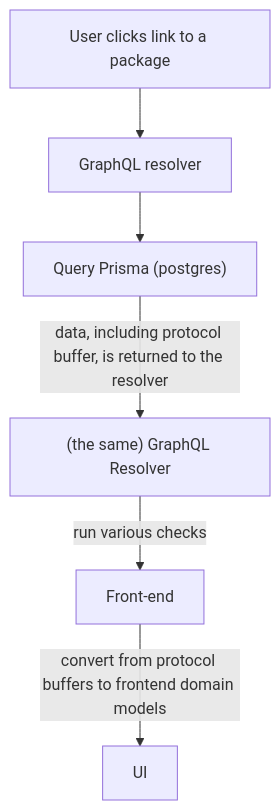
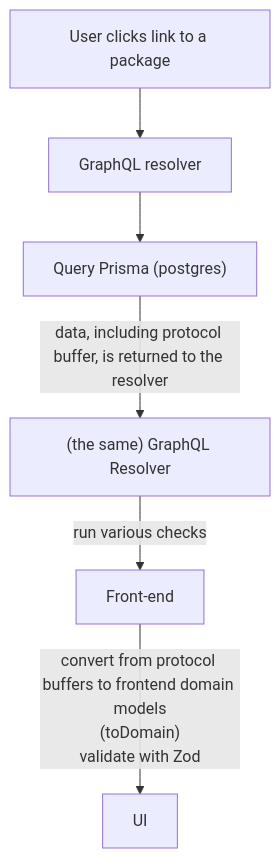
One commit to Enterprise-CMCS/managed-care-review changed the second of 2 diagrams in docs/technical-design/form-data-flow.md. Above: the diagram before and after it, drawn with Mermaid. The commit also changed other lines of this file and 1 other file, not shown here.

````diff
--- a/docs/technical-design/form-data-flow.md
+++ b/docs/technical-design/form-data-flow.md
@@ -17,8 +17,9 @@
 ```mermaid
 graph TD
     A["User clicks link to a package"] -->B["GraphQL resolver"]
     B --> C["Query Prisma (postgres)"]
     C -->|"data, including protocol buffer, is returned to the resolver" | D["(the same) GraphQL Resolver"]
     D -->|"run various checks"| E["Front-end"]
-    E -->|"convert from protocol buffers to frontend domain models"| F["UI"]
+        E -->|"convert from protocol buffers to frontend domain models<br />(toDomain)<br />validate with Zod"| F["UI"]
+
 ```
````
